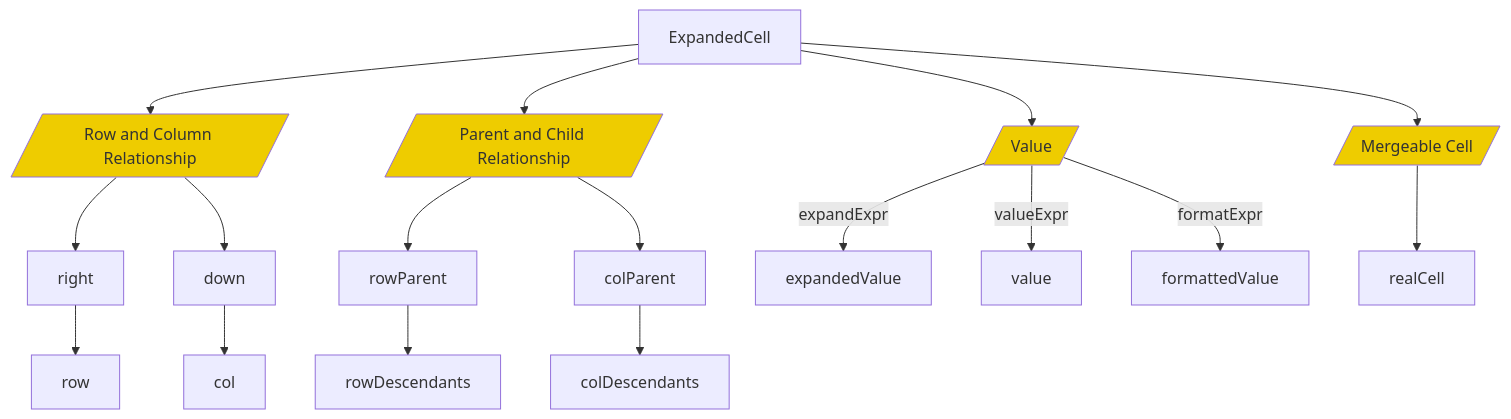
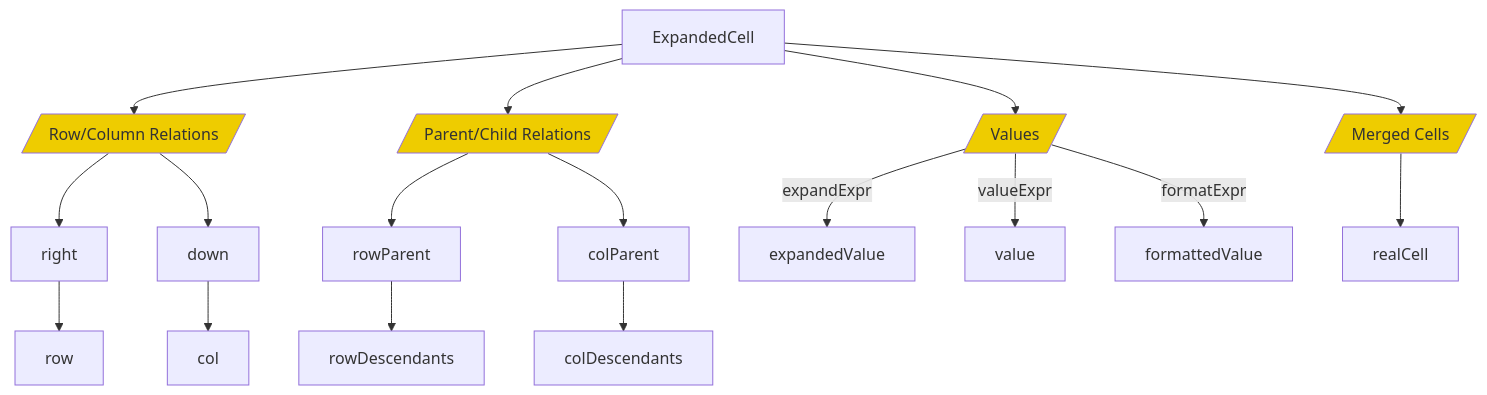
Before and after one commit to entropy-cloud/nop-entropy: the seventh of 12 diagrams in docs-en/dev-guide/report/report-design.md, drawn with Mermaid. The commit also changed other lines of this file and 562 other files, not shown here.

````diff
--- a/docs-en/dev-guide/report/report-design.md
+++ b/docs-en/dev-guide/report/report-design.md
@@ -282,26 +276,26 @@
 ```mermaid
 graph TD
 
-ExpandedCell --> a3[/Row and Column Relationship/]
-ExpandedCell --> a2[/Parent and Child Relationship/]
-ExpandedCell --> a1[/Value/]
-ExpandedCell --> a4[/Mergeable Cell/]
+ExpandedCell --> a3[/Row/Column Relations/]
+ExpandedCell --> a2[/Parent/Child Relations/]
+ExpandedCell --> a1[/Values/]
+ExpandedCell --> a4[/Merged Cells/]
 
-a2[/Parent and Child Relationship/] --> rowParent --> rowDescendants
-a2[/Parent and Child Relationship/] --> colParent --> colDescendants
+a2[/Parent/Child Relations/] --> rowParent --> rowDescendants
+a2[/Parent/Child Relations/] --> colParent --> colDescendants
 
-a3[/Row and Column Relationship/] --> right --> row
-a3[/Row and Column Relationship/] --> down --> col
+a3[/Row/Column Relations/] --> right --> row
+a3[/Row/Column Relations/] --> down --> col
 
 
-a1[/Value/] --expandExpr--> expandedValue
-a1[/Value/] --valueExpr--> value
-a1[/Value/] --formatExpr--> formattedValue
+a1[/Values/] --expandExpr--> expandedValue
+a1[/Values/] --valueExpr--> value
+a1[/Values/] --formatExpr--> formattedValue
 
-a4[/Mergeable Cell/] --> realCell
+a4[/Merged Cells/] --> realCell
 
 style a1 fill:#eecc00
 style a2 fill:#eecc00
 style a3 fill:#eecc00
 style a4 fill:#eecc00
 ```
````
